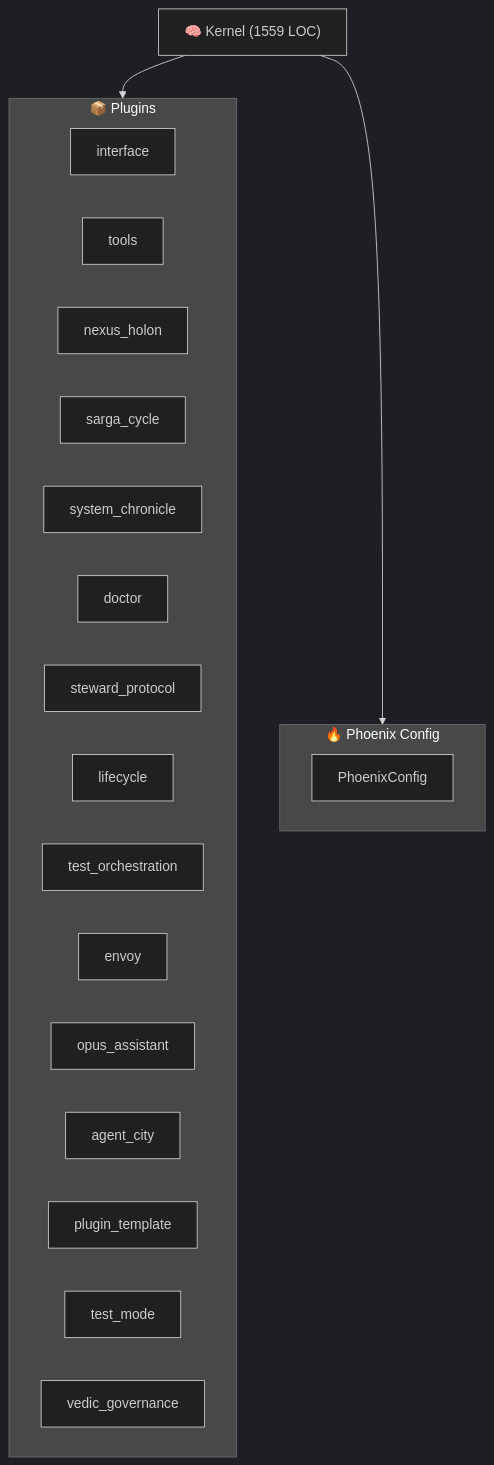
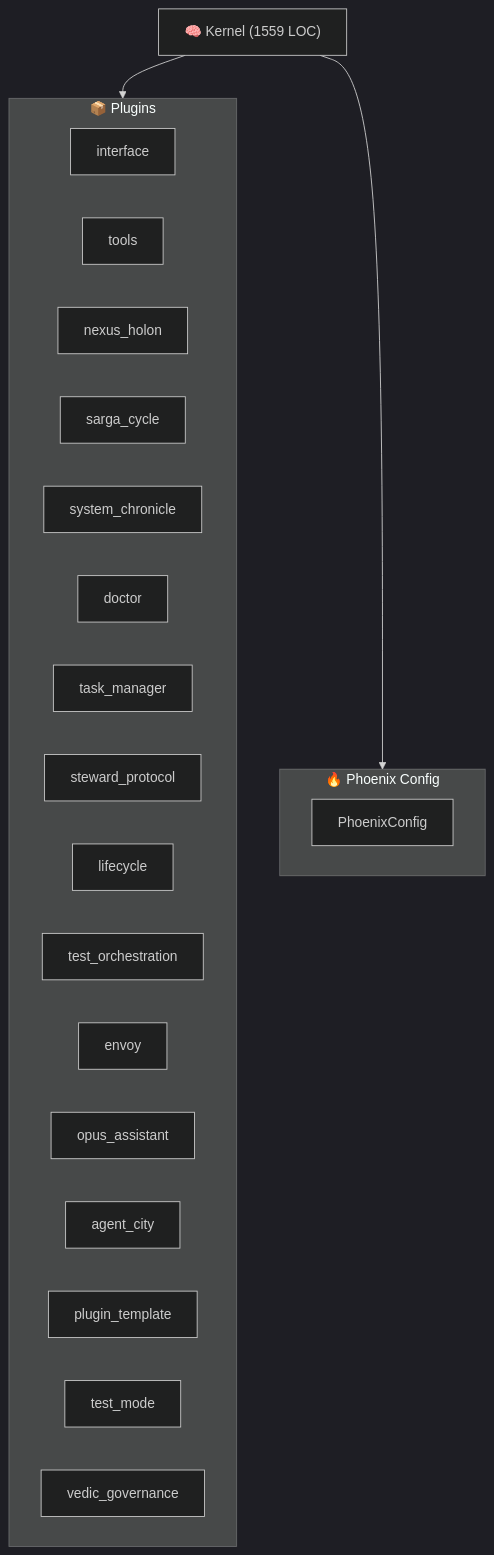
One commit to kimeisele/steward-protocol changed the diagram in ARCHITECTURE.md. Above: the diagram before and after it, drawn with Mermaid (dark theme). The commit also changed other lines of this file and 19 other files, not shown here.

First line of the commit message:
OPUS-091 Phase 2: TaskManager Plugin + Heartbeat ingestion refactor

````diff
--- a/ARCHITECTURE.md
+++ b/ARCHITECTURE.md
@@ -8,26 +8,27 @@
 ```mermaid
 graph TB
     K["🧠 Kernel (1559 LOC)"]
     subgraph Plugins["📦 Plugins"]
         P_interface["interface"]
         P_tools["tools"]
         P_nexus_holon["nexus_holon"]
         P_sarga_cycle["sarga_cycle"]
         P_system_chronicle["system_chronicle"]
         P_doctor["doctor"]
+        P_task_manager["task_manager"]
         P_steward_protocol["steward_protocol"]
         P_lifecycle["lifecycle"]
         P_test_orchestration["test_orchestration"]
         P_envoy["envoy"]
         P_opus_assistant["opus_assistant"]
         P_agent_city["agent_city"]
         P_plugin_template["plugin_template"]
         P_test_mode["test_mode"]
         P_vedic_governance["vedic_governance"]
     end
     K --> Plugins
     subgraph Config["🔥 Phoenix Config"]
         PC[PhoenixConfig]
     end
     K --> Config
 ```
````
